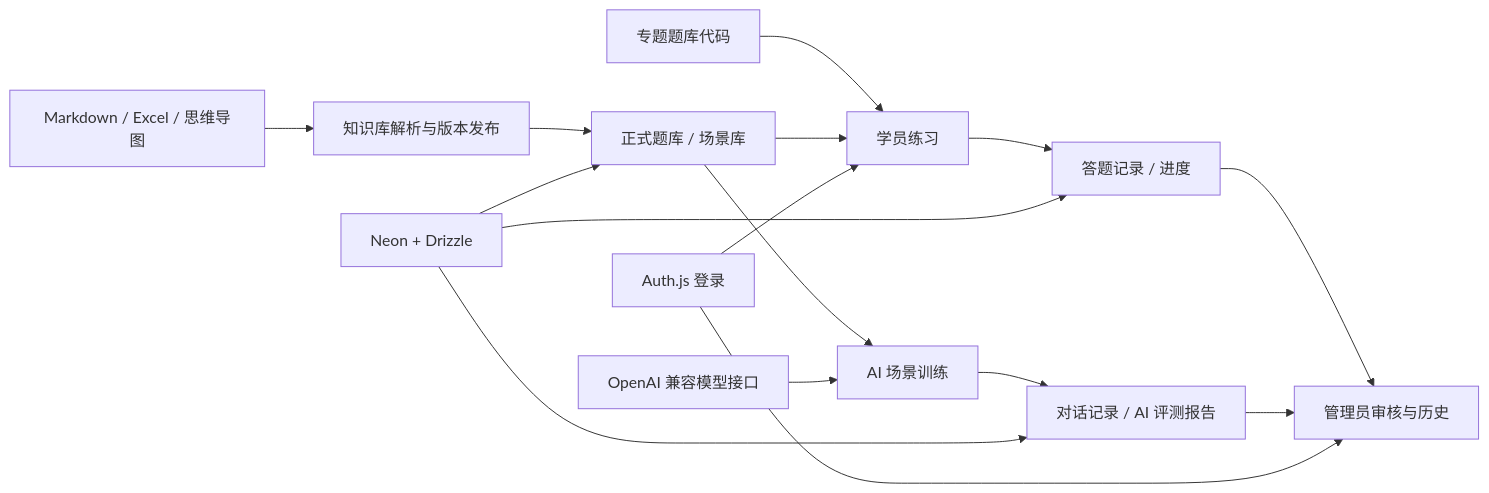
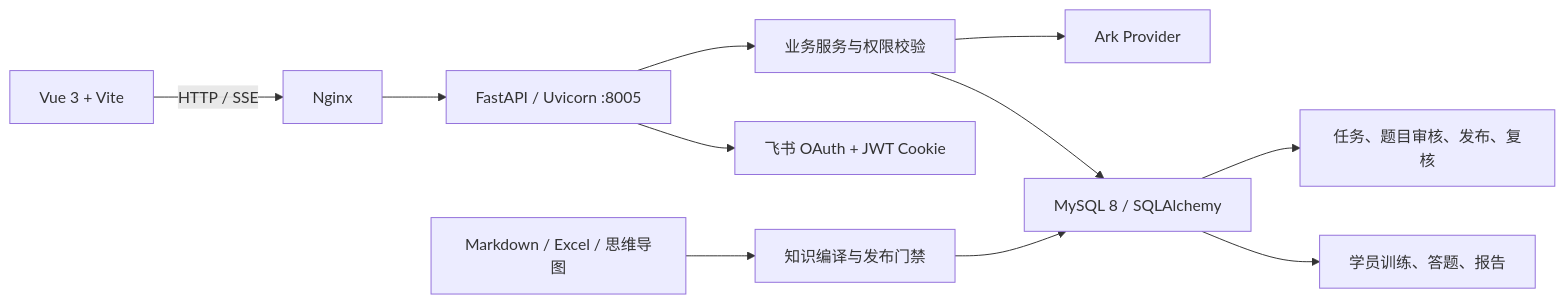
The diagram in README.md (JzzzX/ai-customer-service-training), drawn with Mermaid before and after one commit. The commit also changed other lines of this file and 279 other files, not shown here.

````diff
--- a/README.md
+++ b/README.md
@@ -21,18 +14,13 @@
 ```mermaid
 flowchart LR
-  A["Markdown / Excel / 思维导图"] --> B["知识库解析与版本发布"]
-  B --> C["正式题库 / 场景库"]
-  D["专题题库代码"] --> E["学员练习"]
-  C --> E
-  C --> F["AI 场景训练"]
-  E --> G["答题记录 / 进度"]
-  F --> H["对话记录 / AI 评测报告"]
-  G --> I["管理员审核与历史"]
-  H --> I
-  J["Auth.js 登录"] --> E
-  J --> I
-  K["Neon + Drizzle"] --> C
-  K --> G
-  K --> H
-  L["OpenAI 兼容模型接口"] --> F
+  Browser["Vue 3 + Vite"] -->|HTTP / SSE| Nginx["Nginx"]
+  Nginx --> API["FastAPI / Uvicorn :8005"]
+  API --> Auth["飞书 OAuth + JWT Cookie"]
+  API --> Services["业务服务与权限校验"]
+  Services --> MySQL["MySQL 8 / SQLAlchemy"]
+  Services --> Ark["Ark Provider"]
+  Content["Markdown / Excel / 思维导图"] --> Compiler["知识编译与发布门禁"]
+  Compiler --> MySQL
+  MySQL --> Learner["学员训练、答题、报告"]
+  MySQL --> Admin["任务、题目审核、发布、复核"]
 ```
````
